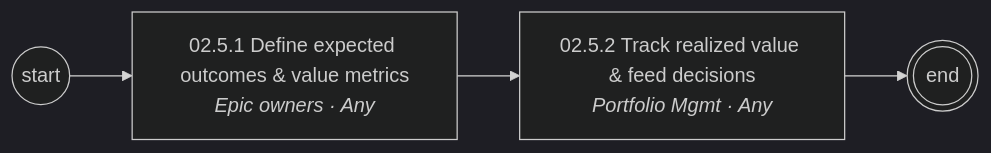
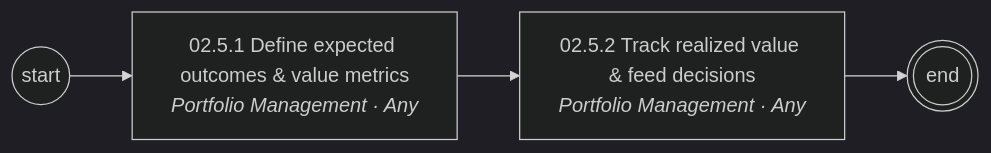
The sixth of 6 diagrams in diagrams/mermaid/area-02.md (corbyjames/apptio-process-catalog), drawn with Mermaid (dark theme) before and after one commit. The commit also changed other lines of this file and 251 other files, not shown here.

````diff
--- a/diagrams/mermaid/area-02.md
+++ b/diagrams/mermaid/area-02.md
@@ -83,9 +83,9 @@
 ```mermaid
 flowchart LR
   S((start))
-  N02_5_1["02.5.1 Define expected outcomes & value metrics<br/><i>Epic owners · Any</i>"]
+  N02_5_1["02.5.1 Define expected outcomes & value metrics<br/><i>Portfolio Management · Any</i>"]
   S --> N02_5_1
-  N02_5_2["02.5.2 Track realized value & feed decisions<br/><i>Portfolio Mgmt · Any</i>"]
+  N02_5_2["02.5.2 Track realized value & feed decisions<br/><i>Portfolio Management · Any</i>"]
   N02_5_1 --> N02_5_2
   N02_5_2 --> E(((end)))
 ```
````
